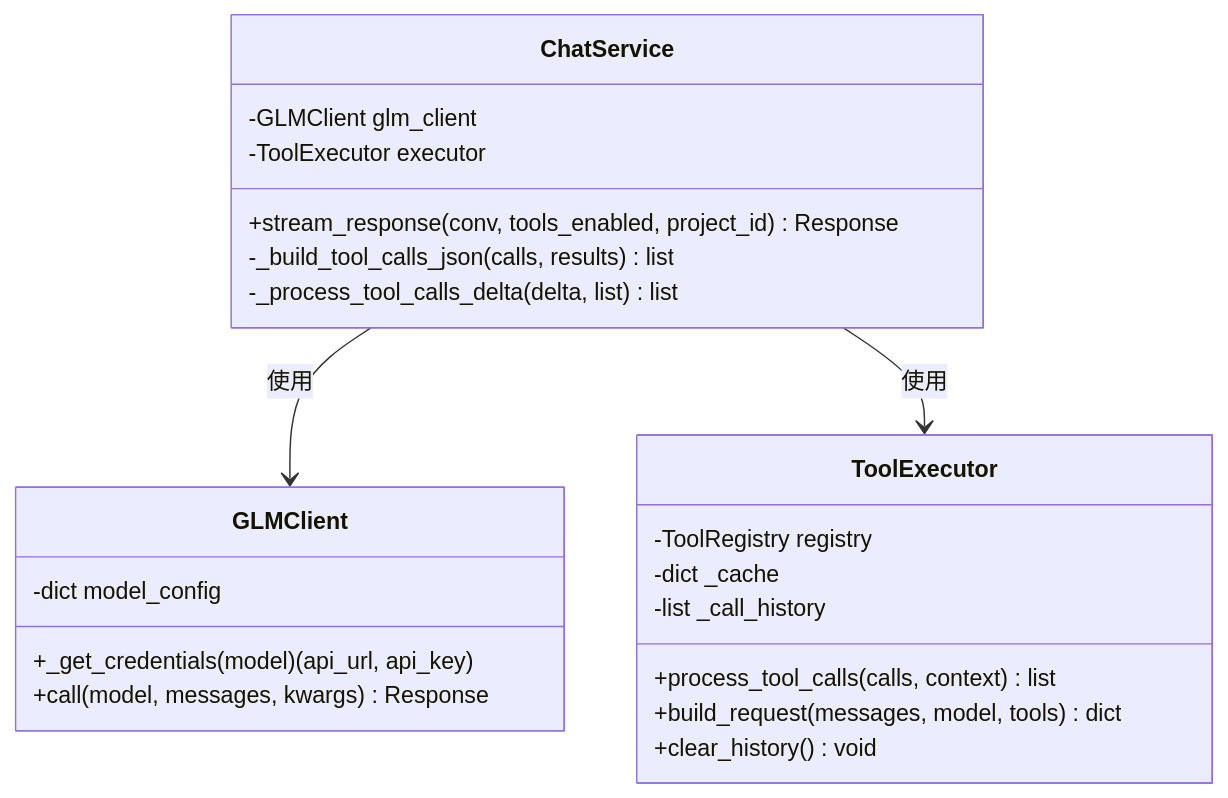
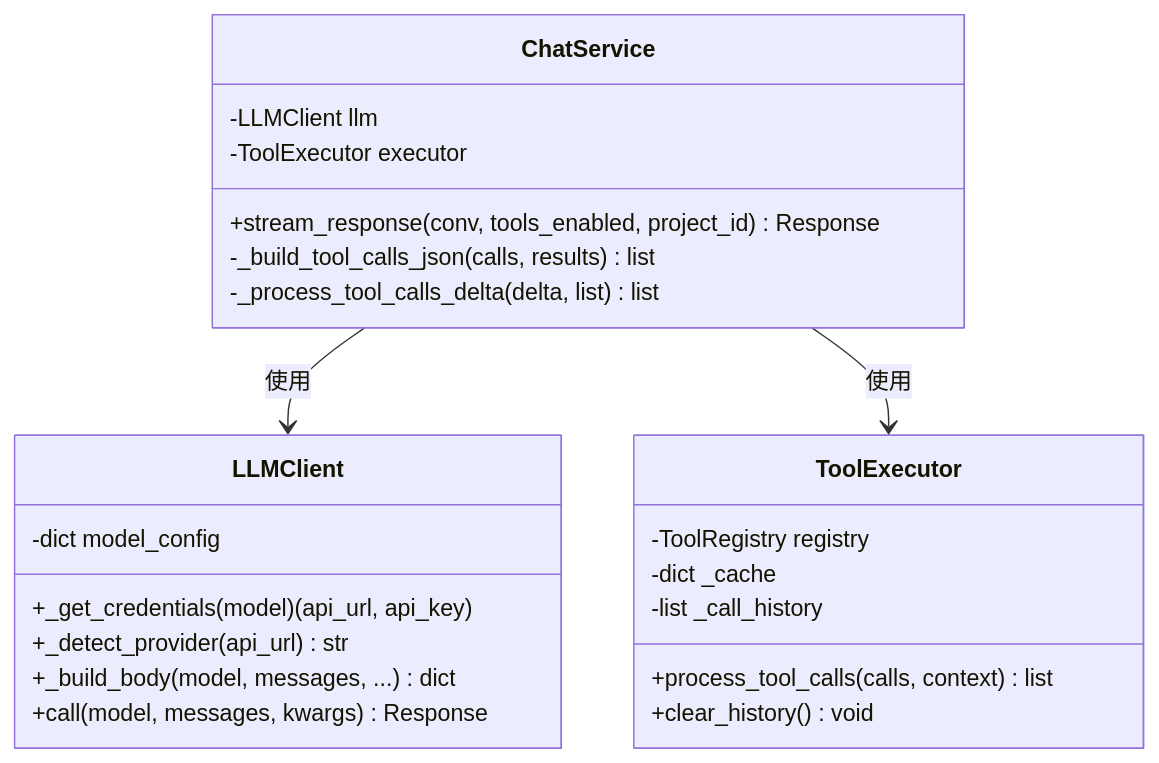
Before and after one commit to ViperEkura/nanoClaw: the third of 5 diagrams in docs/Design.md, drawn with Mermaid. The commit also changed other lines of this file and 10 other files, not shown here.

````diff
--- a/docs/Design.md
+++ b/docs/Design.md
@@ -248,30 +245,31 @@
 ```mermaid
 classDiagram
     direction TB
 
     class ChatService {
-        -GLMClient glm_client
+        -LLMClient llm
         -ToolExecutor executor
         +stream_response(conv, tools_enabled, project_id) Response
         -_build_tool_calls_json(calls, results) list
         -_process_tool_calls_delta(delta, list) list
     }
 
-    class GLMClient {
+    class LLMClient {
         -dict model_config
         +_get_credentials(model) (api_url, api_key)
+        +_detect_provider(api_url) str
+        +_build_body(model, messages, ...) dict
         +call(model, messages, kwargs) Response
     }
 
     class ToolExecutor {
         -ToolRegistry registry
         -dict _cache
         -list _call_history
         +process_tool_calls(calls, context) list
-        +build_request(messages, model, tools) dict
         +clear_history() void
     }
 
-    ChatService --> GLMClient : 使用
+    ChatService --> LLMClient : 使用
     ChatService --> ToolExecutor : 使用
 ```
````
